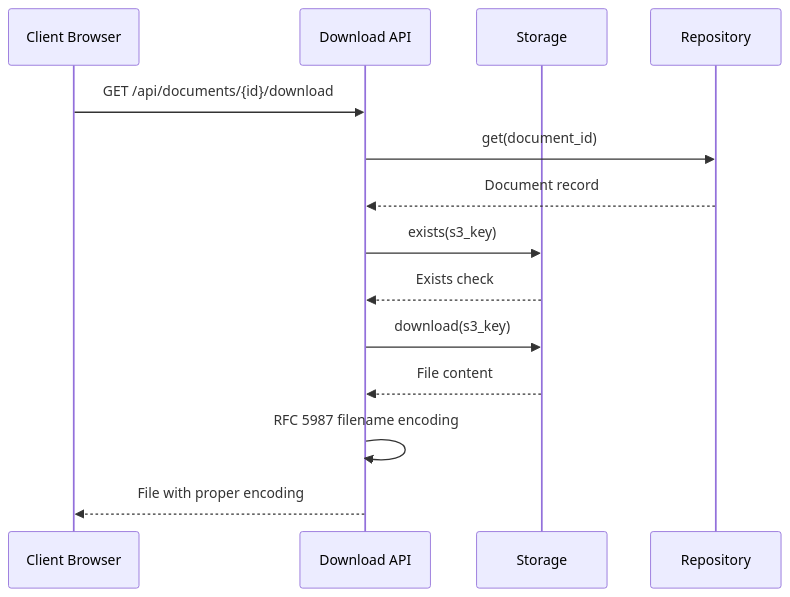
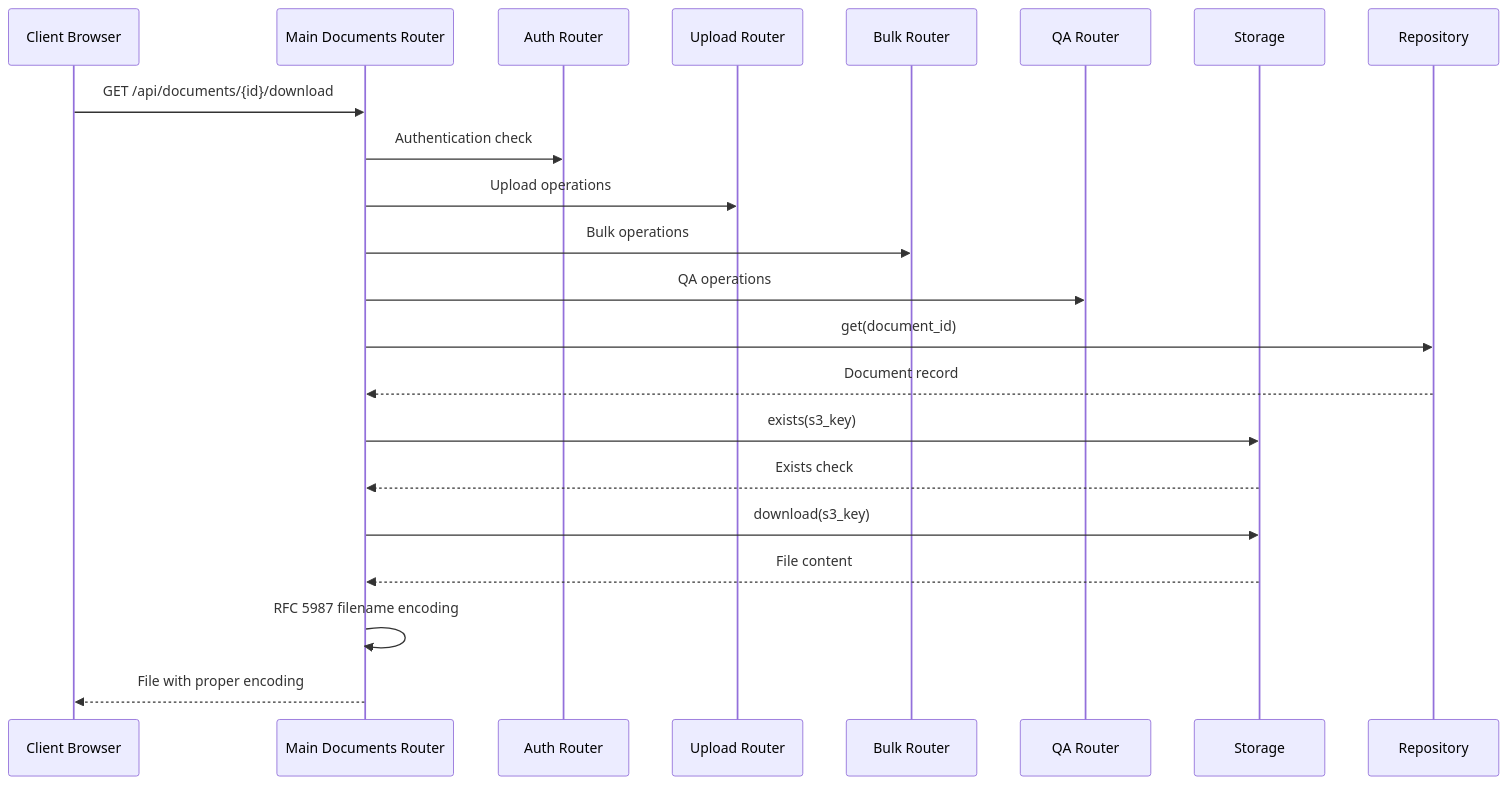
Diagram 20 of 26 in .qoder/repowiki/en/content/Document Management System.md (ognelis/cafetera_hr_bot), drawn with Mermaid before and after one commit. The commit also changed other lines of this file and 12 other files, not shown here.

````diff
--- a/.qoder/repowiki/en/content/Document Management System.md
+++ b/.qoder/repowiki/en/content/Document Management System.md
@@ -2054,16 +2127,24 @@
 ```mermaid
 sequenceDiagram
 participant Client as Client Browser
-participant API as Download API
+participant MainRouter as Main Documents Router
+participant AuthRouter as Auth Router
+participant UploadRouter as Upload Router
+participant BulkRouter as Bulk Router
+participant QARouter as QA Router
 participant S3 as Storage
 participant Repo as Repository
-Client->>API : GET /api/documents/{id}/download
-API->>Repo : get(document_id)
-Repo-->>API : Document record
-API->>S3 : exists(s3_key)
-S3-->>API : Exists check
-API->>S3 : download(s3_key)
-S3-->>API : File content
-API->>API : RFC 5987 filename encoding
-API-->>Client : File with proper encoding
+Client->>MainRouter : GET /api/documents/{id}/download
+MainRouter->>AuthRouter : Authentication check
+MainRouter->>UploadRouter : Upload operations
+MainRouter->>BulkRouter : Bulk operations
+MainRouter->>QARouter : QA operations
+MainRouter->>Repo : get(document_id)
+Repo-->>MainRouter : Document record
+MainRouter->>S3 : exists(s3_key)
+S3-->>MainRouter : Exists check
+MainRouter->>S3 : download(s3_key)
+S3-->>MainRouter : File content
+MainRouter->>MainRouter : RFC 5987 filename encoding
+MainRouter-->>Client : File with proper encoding
 ```
````
